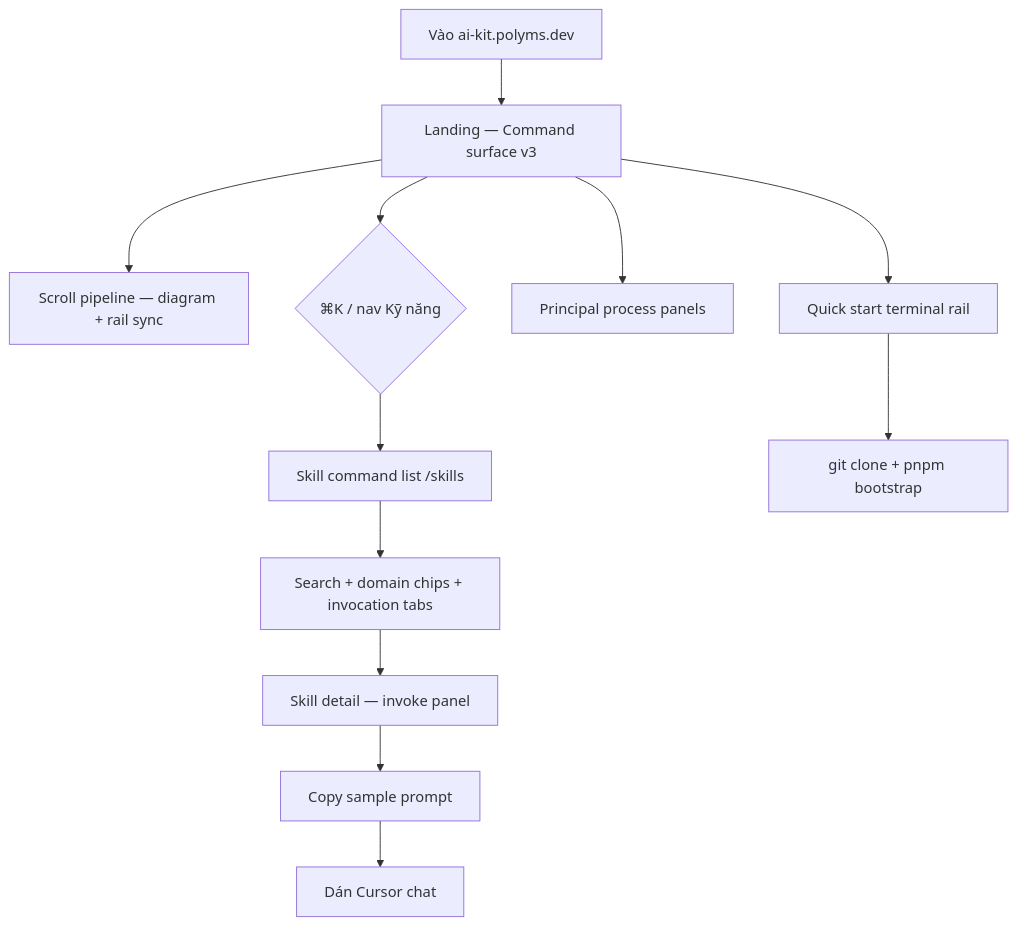
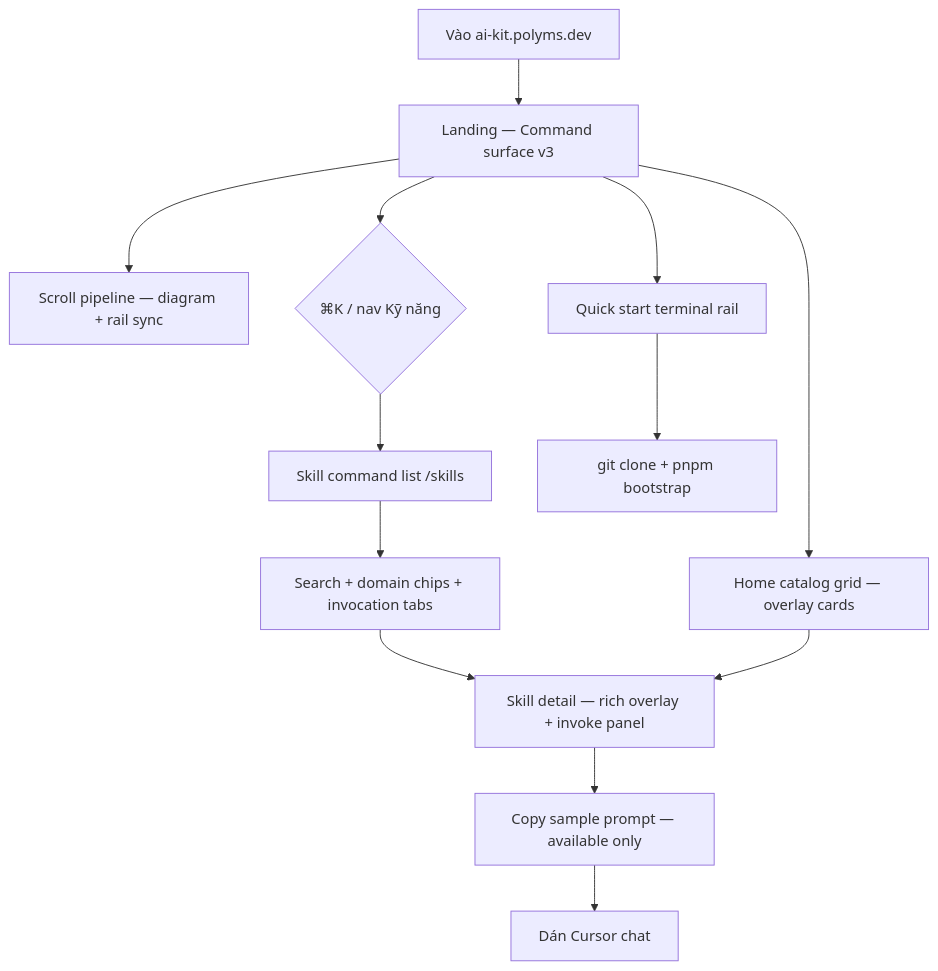
One commit to polyms/ai-kit changed the diagram in docs/design/ai-kit-landing.md. Above: the diagram before and after it, drawn with Mermaid. The commit also changed other lines of this file and 4 other files, not shown here.

````diff
--- a/docs/design/ai-kit-landing.md
+++ b/docs/design/ai-kit-landing.md
@@ -106,14 +132,15 @@
 ```mermaid
 flowchart TD
   Entry[Vào ai-kit.polyms.dev] --> Landing[Landing — Command surface v3]
   Landing --> PipelineScroll[Scroll pipeline — diagram + rail sync]
   Landing --> Palette{⌘K / nav Kỹ năng}
   Palette --> Catalog[Skill command list /skills]
   Catalog --> Filter[Search + domain chips + invocation tabs]
-  Filter --> Detail[Skill detail — invoke panel]
-  Detail --> Copy[Copy sample prompt]
+  Filter --> Detail[Skill detail — rich overlay + invoke panel]
+  Detail --> Copy[Copy sample prompt — available only]
   Copy --> Cursor[Dán Cursor chat]
-  Landing --> Agents[Principal process panels]
+  Landing --> HomeGrid[Home catalog grid — overlay cards]
+  HomeGrid --> Detail
   Landing --> QuickStart[Quick start terminal rail]
   QuickStart --> Clone[git clone + pnpm bootstrap]
 ```
````
